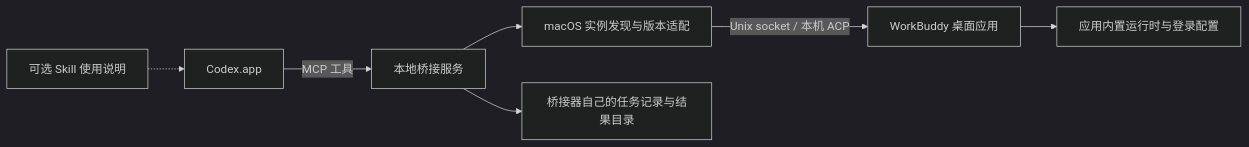
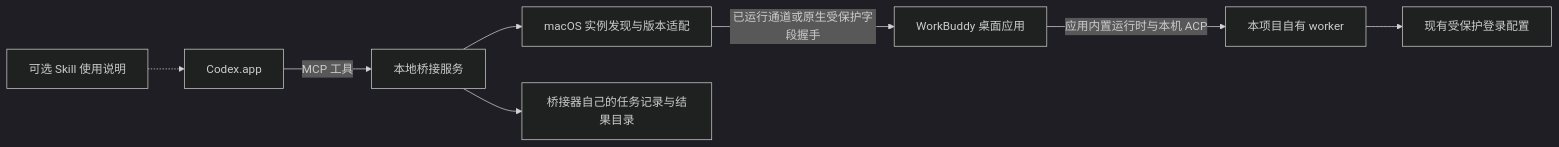
Before and after one commit to Wernerclements/codex-workbuddy-bridge-intelmac: the diagram in docs/PLAN.md, drawn with Mermaid (dark theme). The commit also changed other lines of this file and 27 other files, not shown here.

````diff
--- a/docs/PLAN.md
+++ b/docs/PLAN.md
@@ -9,9 +9,10 @@
 ```mermaid
 flowchart LR
   A[Codex.app] -->|MCP 工具| B[本地桥接服务]
   S[可选 Skill 使用说明] -.-> A
   B --> C[macOS 实例发现与版本适配]
-  C -->|Unix socket / 本机 ACP| D[WorkBuddy 桌面应用]
-  D --> E[应用内置运行时与登录配置]
+  C -->|已运行通道或原生受保护字段握手| D[WorkBuddy 桌面应用]
+  D -->|应用内置运行时与本机 ACP| E[本项目自有 worker]
+  E --> G[现有受保护登录配置]
   B --> F[桥接器自己的任务记录与结果目录]
 ```
````
